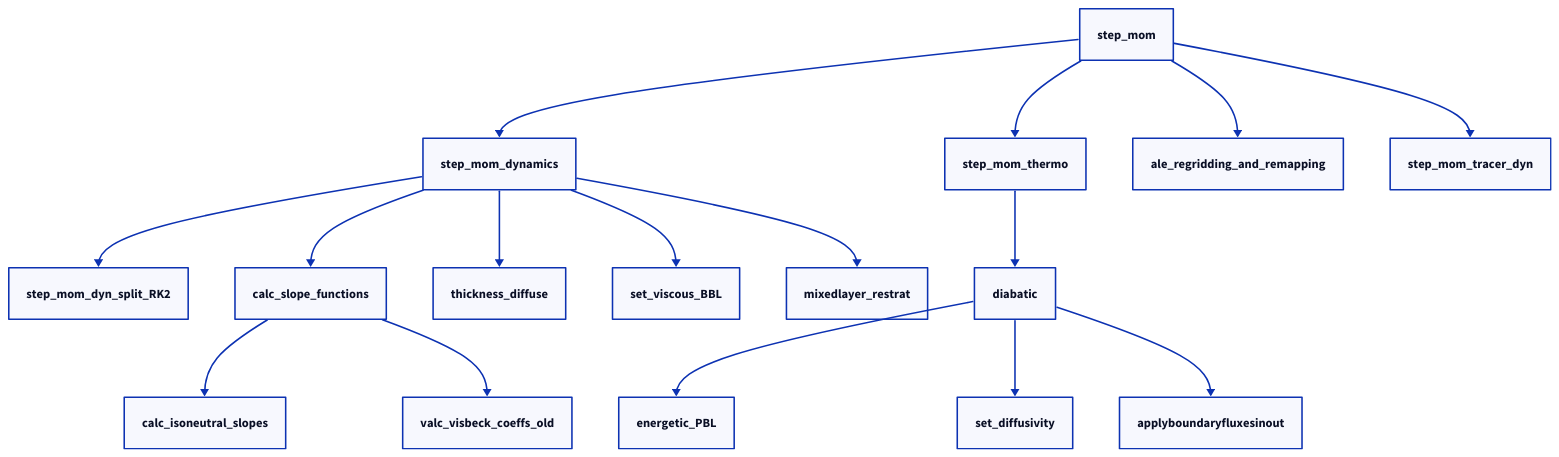
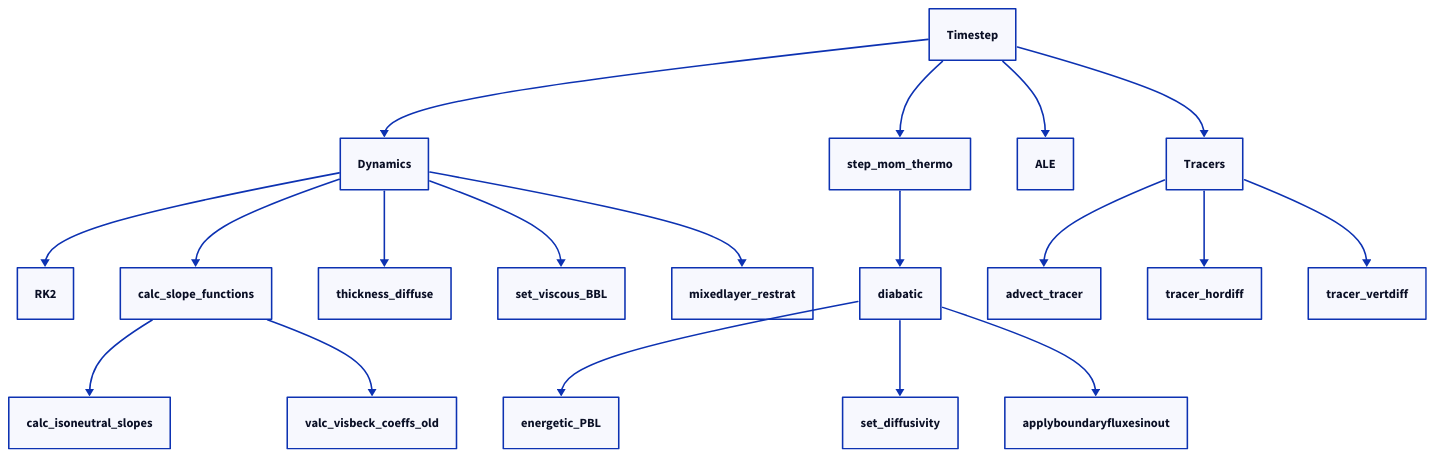
One commit to marshallward/openhackathon2026 changed the diagram in d2/mom6code.d2. Above: the diagram before and after it, drawn with D2. The commit also changed 5 other files, not shown here.

```diff
--- a/d2/mom6code.d2
+++ b/d2/mom6code.d2
@@ -1,40 +1,52 @@
 style.fill: transparent
 
-step_mom: {}
+step_mom: {
+    label: Timestep
+}
 
 step_mom -> step_mom_dynamics
 step_mom -> step_mom_thermo
 step_mom -> ale_regridding_and_remapping
 step_mom -> step_mom_tracer_dyn
 
 # Dycore
 
-step_mom_dynamics: {}
+step_mom_dynamics: {
+    label: Dynamics
+}
 
 step_mom_dynamics -> step_mom_dyn_split_RK2
 step_mom_dynamics -> calc_slope_functions
 step_mom_dynamics -> thickness_diffuse
 step_mom_dynamics -> set_viscous_BBL
 step_mom_dynamics -> mixedlayer_restrat
 
-step_mom_dyn_split_RK2: {}
-
-#step_mom_dyn_split_RK2 -> continuity_PPM
-#step_mom_dyn_split_RK2 -> pressureforce_FV_Bouss
-#step_mom_dyn_split_RK2 -> btstep
-#step_mom_dyn_split_RK2 -> vertvisc_coef
-#step_mom_dyn_split_RK2 -> horizontal_viscosity
-#step_mom_dyn_split_RK2 -> vertvisc_remnant
-#step_mom_dyn_split_RK2 -> vertvisc
-#step_mom_dyn_split_RK2 -> CorAdCalc
-#step_mom_dyn_split_RK2 -> btcalc
+step_mom_dyn_split_RK2: {
+    label: RK2
+}
 
 calc_slope_functions -> calc_isoneutral_slopes
 calc_slope_functions -> valc_visbeck_coeffs_old
 
 # Thermo
 
 step_mom_thermo -> diabatic
 diabatic -> energetic_PBL
 diabatic -> set_diffusivity
 diabatic -> applyboundaryfluxesinout
+
+# ALE
+
+ale_regridding_and_remapping: {
+    label: ALE
+}
+
+# Tracers
+
+step_mom_tracer_dyn: {
+    label: Tracers
+}
+
+step_mom_tracer_dyn -> advect_tracer
+step_mom_tracer_dyn -> tracer_hordiff
+step_mom_tracer_dyn -> tracer_vertdiff
```
